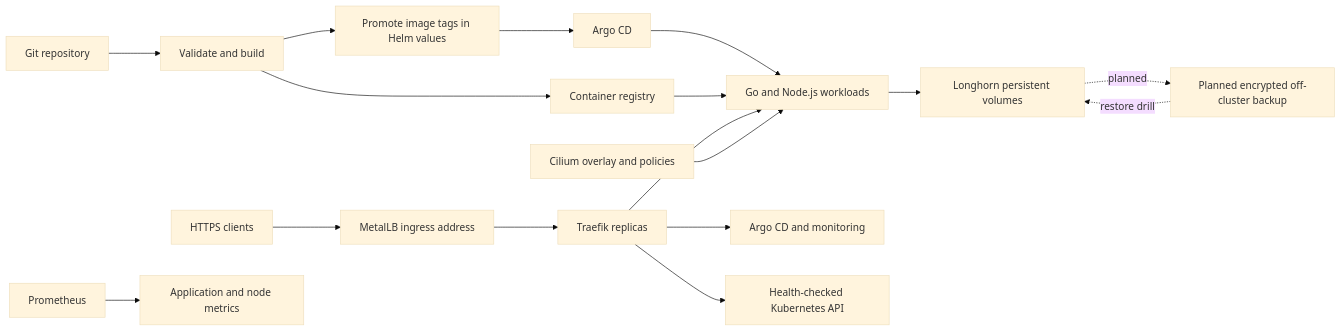
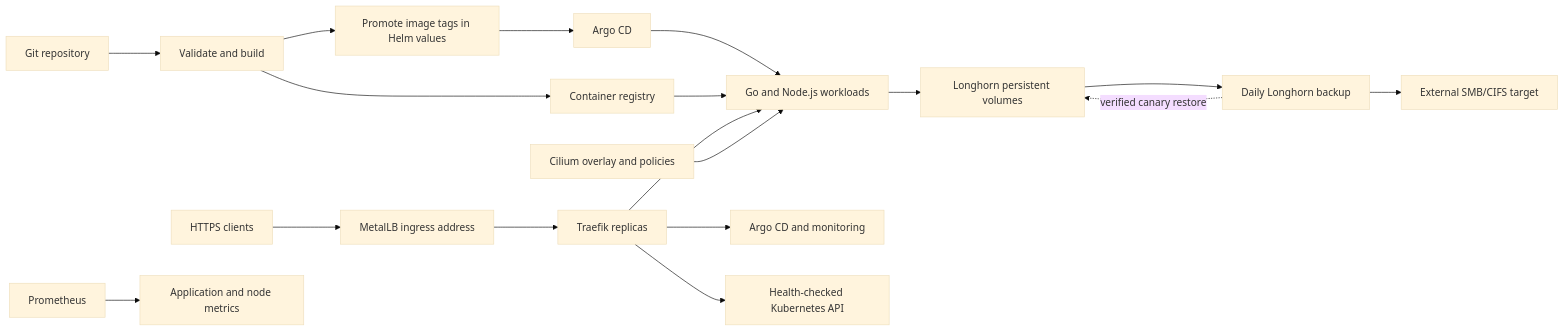
Before and after one commit to egyhaty/karm-devops: the diagram in docs/architecture.md, drawn with Mermaid (base theme). The commit also changed 3 other files, not shown here.

Commit message:
docs(storage): record verified SMB backup recovery

````diff
--- a/docs/architecture.md
+++ b/docs/architecture.md
@@ -5,19 +5,20 @@
 ```mermaid
 flowchart LR
   Git[Git repository] --> CI[Validate and build]
   CI --> Registry[Container registry]
   CI --> Values[Promote image tags in Helm values]
   Values --> Argo[Argo CD]
   Argo --> Apps[Go and Node.js workloads]
   Registry --> Apps
   Clients[HTTPS clients] --> VIP[MetalLB ingress address]
   VIP --> Traefik[Traefik replicas]
   Traefik --> Apps
   Traefik --> UI[Argo CD and monitoring]
   Traefik --> API[Health-checked Kubernetes API]
   Cilium[Cilium overlay and policies] --> Apps
   Prom[Prometheus] --> Metrics[Application and node metrics]
   Apps --> PVC[Longhorn persistent volumes]
-  PVC -. planned .-> Backup[Planned encrypted off-cluster backup]
-  Backup -. restore drill .-> PVC
+  PVC --> Backup[Daily Longhorn backup]
+  Backup --> SMB[External SMB/CIFS target]
+  Backup -. verified canary restore .-> PVC
 ```
````
